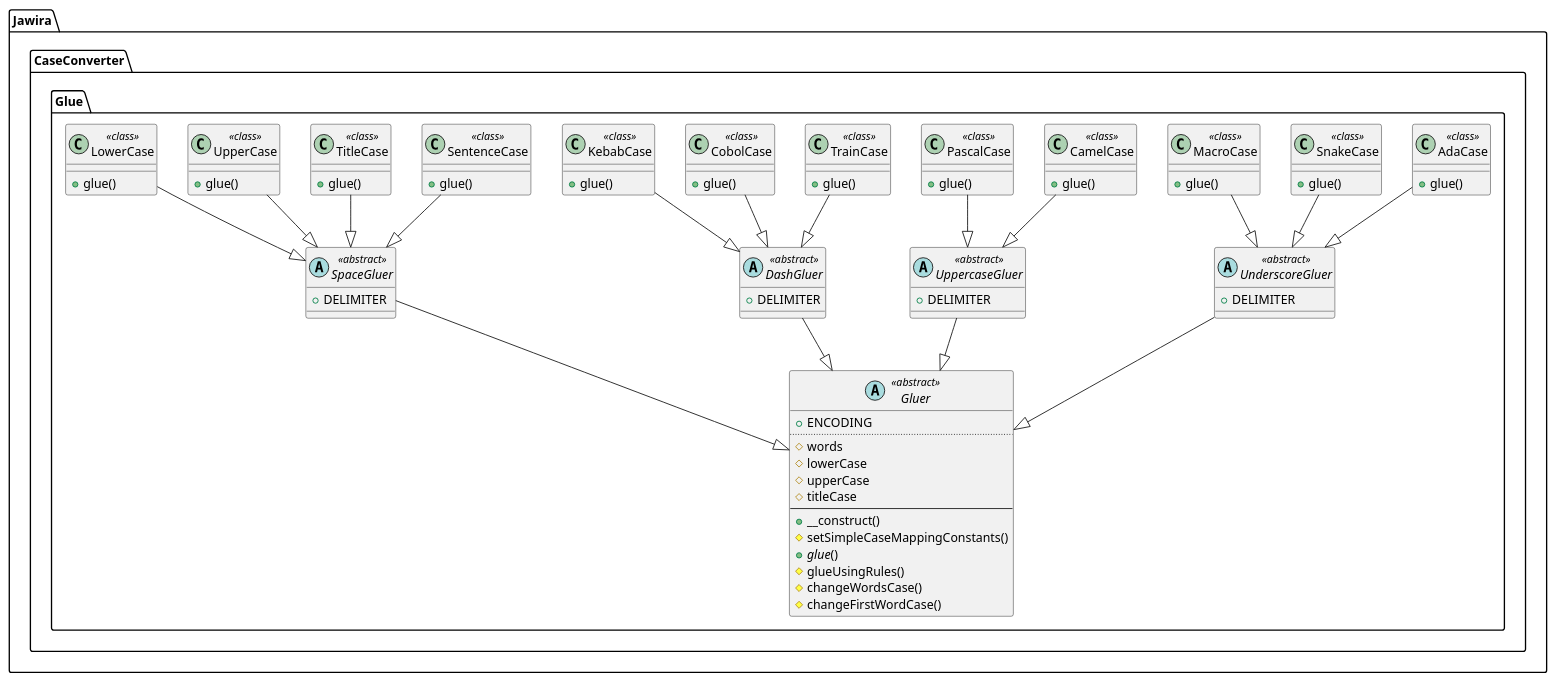
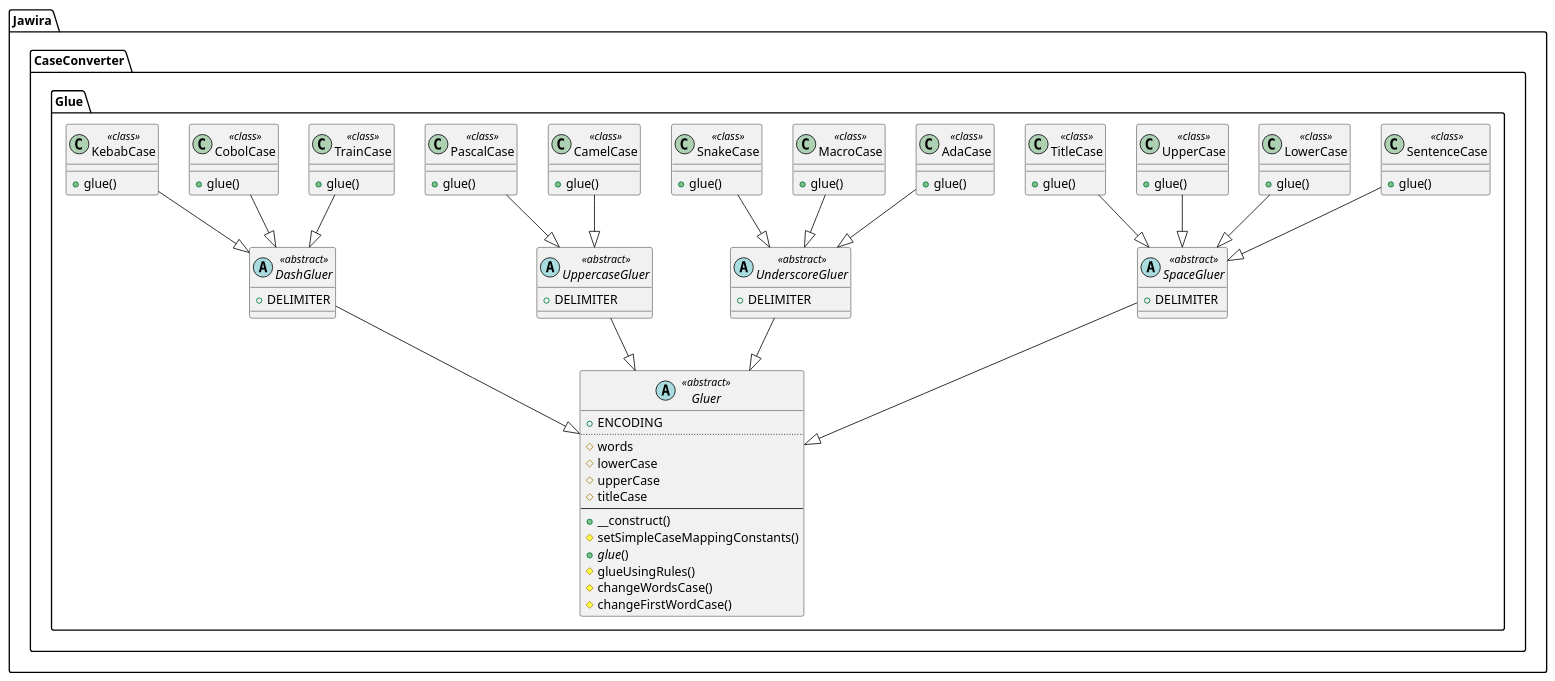
One commit to knm1/case-converter changed the diagram in images/uml-glue.puml. Above: the diagram before and after it, drawn with PlantUML. The commit also changed other lines of this file and 23 other files, not shown here.

```diff
--- a/images/uml-glue.puml
+++ b/images/uml-glue.puml
@@ -1,83 +1,83 @@
 @startuml
 namespace Jawira.CaseConverter.Glue  {
-	class AdaCase << class >> {
+	class SentenceCase << class >> {
 		+glue()
 	}
-	abstract UnderscoreGluer << abstract >> {
+	abstract SpaceGluer << abstract >> {
 		+DELIMITER
 	}
 	abstract Gluer << abstract >> {
 		+ENCODING
 		..
 		#words
 		#lowerCase
 		#upperCase
 		#titleCase
 		--
 		+__construct()
 		#setSimpleCaseMappingConstants()
 		+<i>glue</i>()
 		#glueUsingRules()
 		#changeWordsCase()
 		#changeFirstWordCase()
 	}
-	class SentenceCase << class >> {
+	class LowerCase << class >> {
 		+glue()
 	}
-	abstract SpaceGluer << abstract >> {
-		+DELIMITER
-	}
-	class SnakeCase << class >> {
-		+glue()
-	}
-	class TitleCase << class >> {
-		+glue()
-	}
-	class CamelCase << class >> {
-		+glue()
-	}
-	abstract UppercaseGluer << abstract >> {
+	abstract UnderscoreGluer << abstract >> {
 		+DELIMITER
 	}
 	class TrainCase << class >> {
 		+glue()
 	}
 	abstract DashGluer << abstract >> {
 		+DELIMITER
 	}
-	class CobolCase << class >> {
+	abstract UppercaseGluer << abstract >> {
+		+DELIMITER
+	}
+	class AdaCase << class >> {
+		+glue()
+	}
+	class UpperCase << class >> {
+		+glue()
+	}
+	class TitleCase << class >> {
+		+glue()
+	}
+	class MacroCase << class >> {
+		+glue()
+	}
+	class SnakeCase << class >> {
+		+glue()
+	}
+	class CamelCase << class >> {
 		+glue()
 	}
 	class PascalCase << class >> {
 		+glue()
 	}
+	class CobolCase << class >> {
+		+glue()
+	}
 	class KebabCase << class >> {
 		+glue()
 	}
-	class UpperCase << class >> {
-		+glue()
-	}
-	class LowerCase << class >> {
-		+glue()
-	}
-	class MacroCase << class >> {
-		+glue()
-	}
 }
-Jawira.CaseConverter.Glue.UnderscoreGluer --|> Jawira.CaseConverter.Glue.Gluer
-Jawira.CaseConverter.Glue.AdaCase --|> Jawira.CaseConverter.Glue.UnderscoreGluer
 Jawira.CaseConverter.Glue.SpaceGluer --|> Jawira.CaseConverter.Glue.Gluer
 Jawira.CaseConverter.Glue.SentenceCase --|> Jawira.CaseConverter.Glue.SpaceGluer
-Jawira.CaseConverter.Glue.SnakeCase --|> Jawira.CaseConverter.Glue.UnderscoreGluer
-Jawira.CaseConverter.Glue.TitleCase --|> Jawira.CaseConverter.Glue.SpaceGluer
-Jawira.CaseConverter.Glue.UppercaseGluer --|> Jawira.CaseConverter.Glue.Gluer
-Jawira.CaseConverter.Glue.CamelCase --|> Jawira.CaseConverter.Glue.UppercaseGluer
+Jawira.CaseConverter.Glue.LowerCase --|> Jawira.CaseConverter.Glue.SpaceGluer
+Jawira.CaseConverter.Glue.UnderscoreGluer --|> Jawira.CaseConverter.Glue.Gluer
 Jawira.CaseConverter.Glue.DashGluer --|> Jawira.CaseConverter.Glue.Gluer
 Jawira.CaseConverter.Glue.TrainCase --|> Jawira.CaseConverter.Glue.DashGluer
+Jawira.CaseConverter.Glue.UppercaseGluer --|> Jawira.CaseConverter.Glue.Gluer
+Jawira.CaseConverter.Glue.AdaCase --|> Jawira.CaseConverter.Glue.UnderscoreGluer
+Jawira.CaseConverter.Glue.UpperCase --|> Jawira.CaseConverter.Glue.SpaceGluer
+Jawira.CaseConverter.Glue.TitleCase --|> Jawira.CaseConverter.Glue.SpaceGluer
+Jawira.CaseConverter.Glue.MacroCase --|> Jawira.CaseConverter.Glue.UnderscoreGluer
+Jawira.CaseConverter.Glue.SnakeCase --|> Jawira.CaseConverter.Glue.UnderscoreGluer
+Jawira.CaseConverter.Glue.CamelCase --|> Jawira.CaseConverter.Glue.UppercaseGluer
+Jawira.CaseConverter.Glue.PascalCase --|> Jawira.CaseConverter.Glue.UppercaseGluer
 Jawira.CaseConverter.Glue.CobolCase --|> Jawira.CaseConverter.Glue.DashGluer
-Jawira.CaseConverter.Glue.PascalCase --|> Jawira.CaseConverter.Glue.UppercaseGluer
 Jawira.CaseConverter.Glue.KebabCase --|> Jawira.CaseConverter.Glue.DashGluer
-Jawira.CaseConverter.Glue.UpperCase --|> Jawira.CaseConverter.Glue.SpaceGluer
-Jawira.CaseConverter.Glue.LowerCase --|> Jawira.CaseConverter.Glue.SpaceGluer
-Jawira.CaseConverter.Glue.MacroCase --|> Jawira.CaseConverter.Glue.UnderscoreGluer
 @enduml
```
